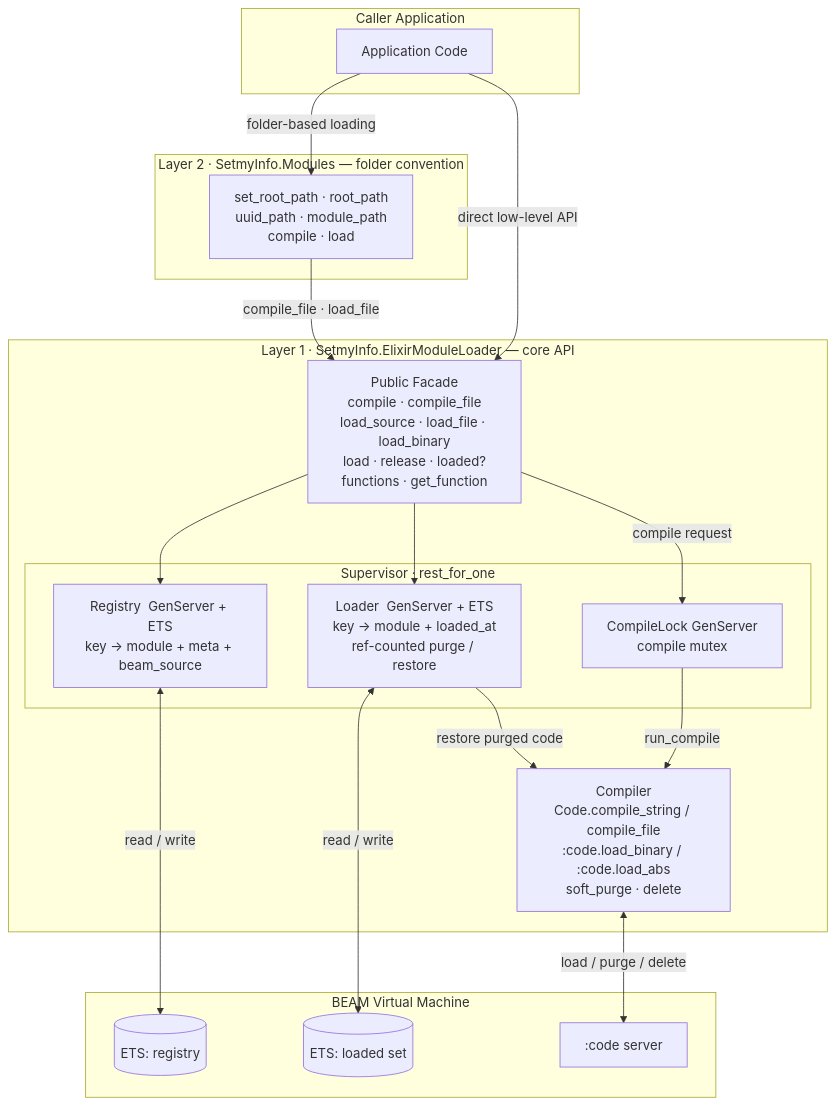
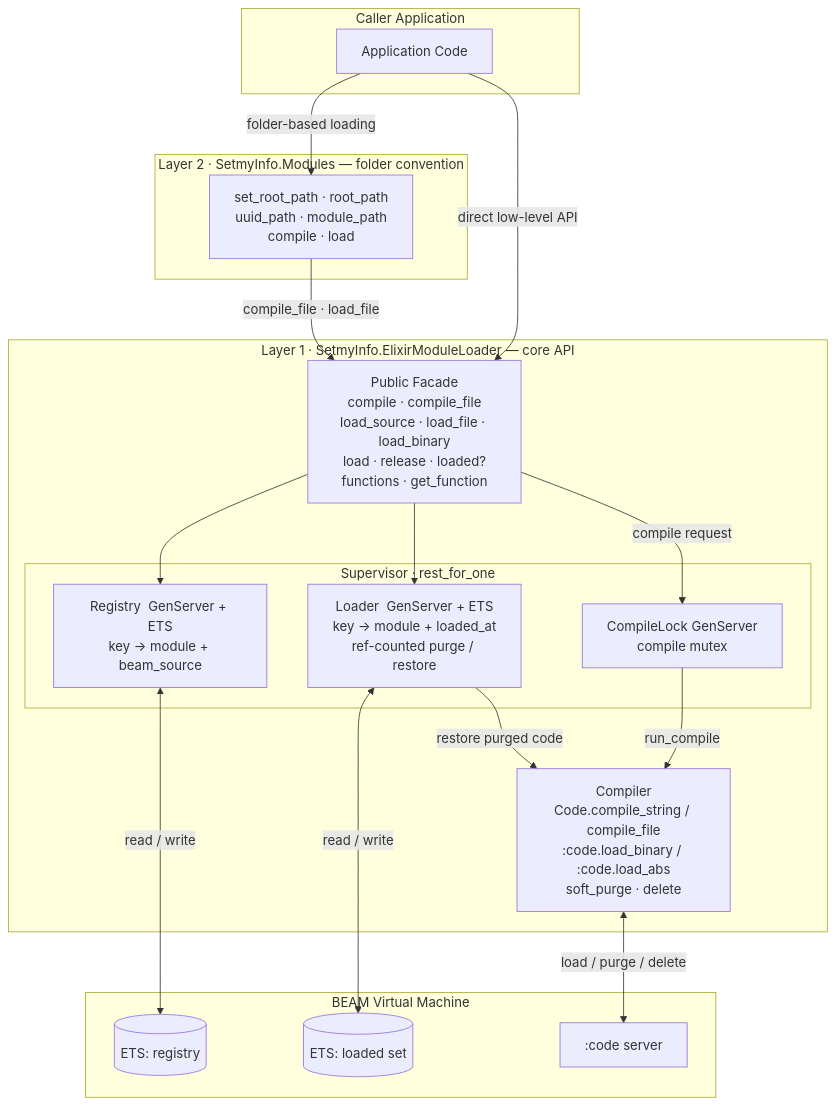
The diagram in README.md (setmy-info/elixir-module-loader), drawn with Mermaid before and after one commit. The commit also changed other lines of this file, not shown here.

````diff
--- a/README.md
+++ b/README.md
@@ -359,42 +379,42 @@
 ```mermaid
 graph TD
     subgraph CALLER["Caller Application"]
         APP["Application Code"]
     end
 
     subgraph L2["Layer 2 · SetmyInfo.Modules  —  folder convention"]
         SM["set_root_path · root_path\nuuid_path · module_path\ncompile · load"]
     end
 
     subgraph L1["Layer 1 · SetmyInfo.ElixirModuleLoader  —  core API"]
         F["Public Facade\ncompile · compile_file\nload_source · load_file · load_binary\nload · release · loaded?\nfunctions · get_function"]
 
         C["Compiler\nCode.compile_string / compile_file\n:code.load_binary / :code.load_abs\nsoft_purge · delete"]
 
         subgraph OTP["Supervisor  ·  rest_for_one"]
-            R["Registry  GenServer + ETS\nkey → module + meta + beam_source"]
+            R["Registry  GenServer + ETS\nkey → module + beam_source"]
             LD["Loader  GenServer + ETS\nkey → module + loaded_at\nref-counted purge / restore"]
             CL["CompileLock  GenServer\ncompile mutex"]
         end
     end
 
     subgraph BEAM["BEAM Virtual Machine"]
         E1[("ETS: registry")]
         E2[("ETS: loaded set")]
         CS[":code server"]
     end
 
     APP -->|"folder-based loading"| SM
     APP -->|"direct low-level API"| F
     SM -->|"compile_file · load_file"| F
 
     F --> R
     F --> LD
     F -->|"compile request"| CL
     CL -->|"run_compile"| C
     LD -->|"restore purged code"| C
 
     R <-->|"read / write"| E1
     LD <-->|"read / write"| E2
     C <-->|"load / purge / delete"| CS
 ```
````
